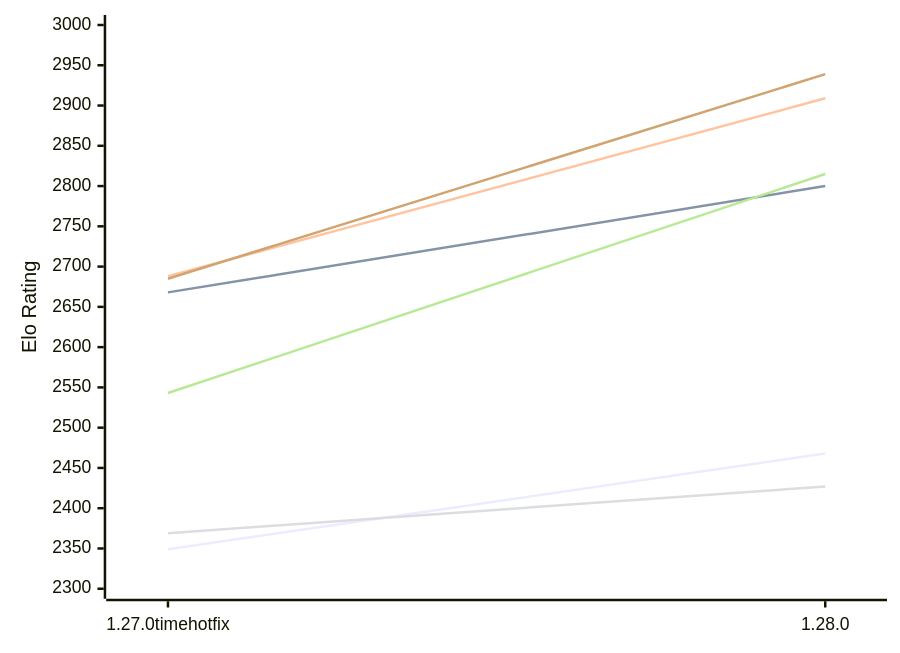
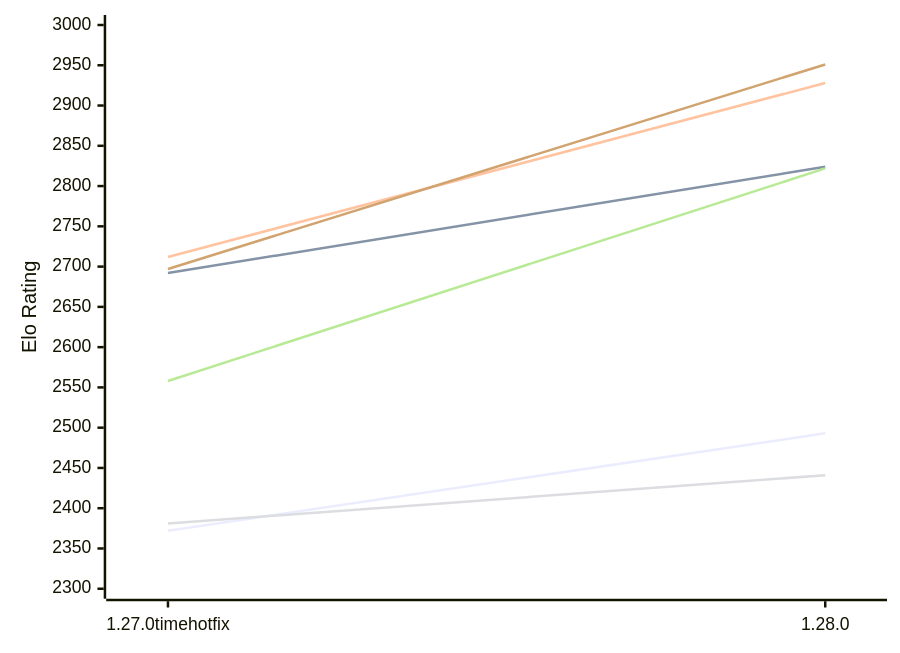
One commit to computer-chess-index/cci changed the first of 2 diagrams in engines/Aurora.md. Above: the diagram before and after it, drawn with Mermaid. The commit also changed other lines of this file, not shown here.

Commit message:
Update CCI Ratings (ELO VLTC) - 2026-10-24

````diff
--- a/engines/Aurora.md
+++ b/engines/Aurora.md
@@ -50,12 +50,12 @@
 ```mermaid
 %%{init: {"theme":"base","themeVariables":{"seriesColors:['#a3a3a3','#222221','#faa371']}}}%%
 xychart-beta
   x-axis ["1.27.0timehotfix", "1.28.0"]
   y-axis "Elo Rating" 2300 --> 3000
-  line "E1: STC (8.0+0.08s)" [2349, 2468]
-  line "E1: LTC (60.0+0.60s)" [2668, 2800]
-  line "E1: VLTC (2m24s+1.12s)" [2688, 2909]
-  line "P1: STC (8.0+0.08s)" [2369, 2427]
-  line "P1: LTC (60.0+0.60s)" [2543, 2815]
-  line "P1: VLTC (2m24s+1.12s)" [2685, 2939]
+  line "E1: STC (8.0+0.08s)" [2372, 2493]
+  line "E1: LTC (60.0+0.60s)" [2692, 2824]
+  line "E1: VLTC (2m24s+1.12s)" [2712, 2928]
+  line "P1: STC (8.0+0.08s)" [2381, 2441]
+  line "P1: LTC (60.0+0.60s)" [2558, 2822]
+  line "P1: VLTC (2m24s+1.12s)" [2697, 2951]
 ```
````
